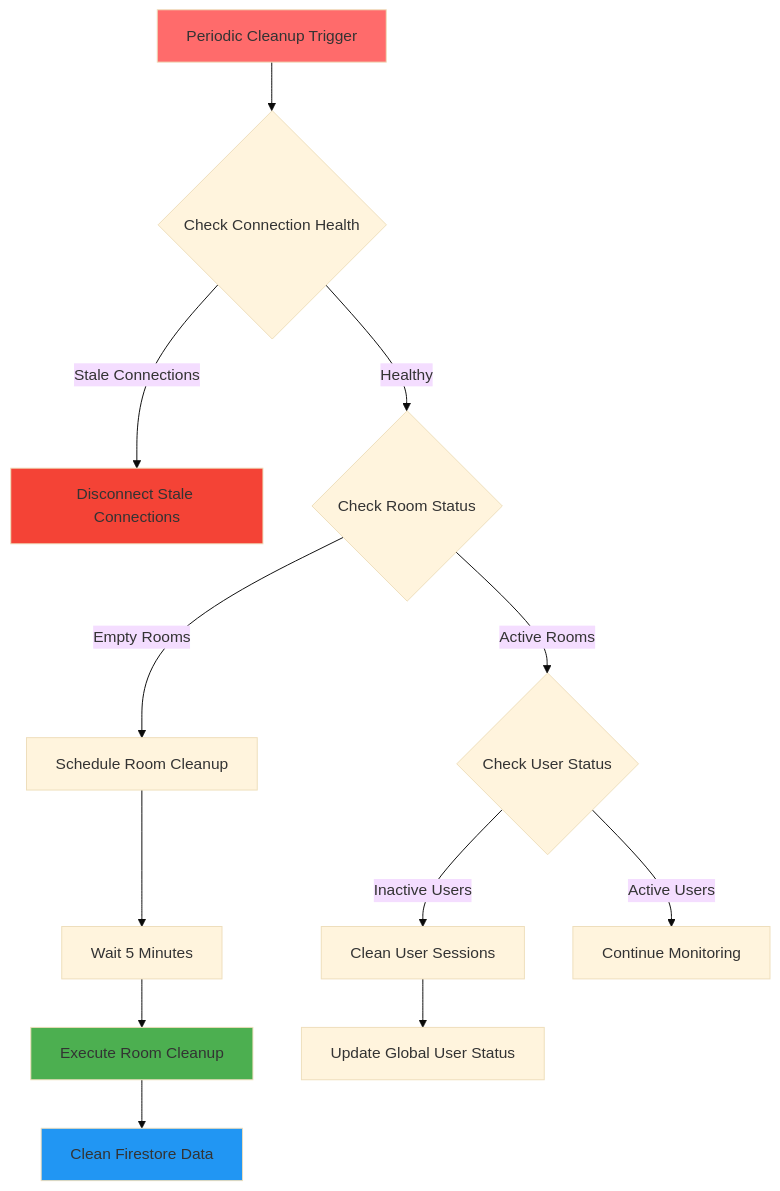
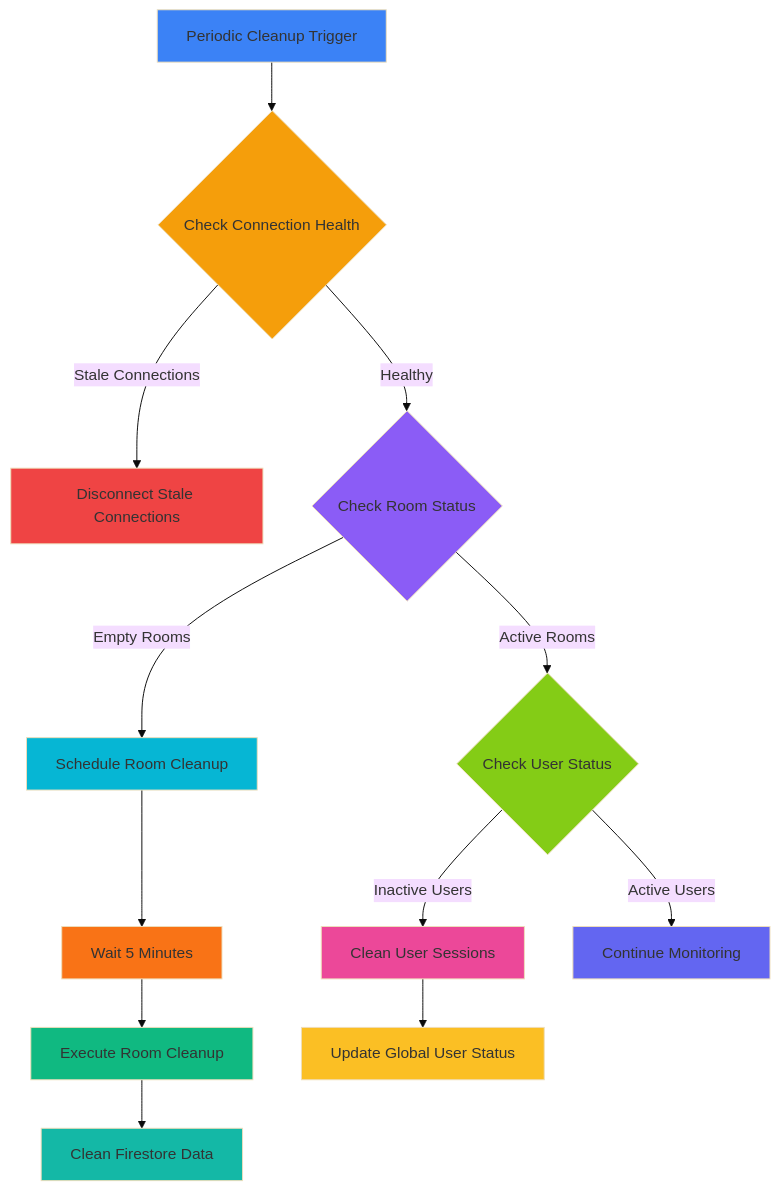
The seventh of 7 diagrams in README.md (Sundussheikhdev/sync-board-BE), drawn with Mermaid (base theme) before and after one commit. The commit also changed other lines of this file, not shown here.

Commit message:
Update README.md: Revise color styles for flowcharts to enhance visual clarity and consistency across components

````diff
--- a/README.md
+++ b/README.md
@@ -444,19 +460,27 @@
 ```mermaid
 flowchart TD
     A[Periodic Cleanup Trigger] --> B{Check Connection Health}
     B -->|Stale Connections| C[Disconnect Stale Connections]
     B -->|Healthy| D{Check Room Status}
     D -->|Empty Rooms| E[Schedule Room Cleanup]
     D -->|Active Rooms| F{Check User Status}
     E --> G[Wait 5 Minutes]
     G --> H[Execute Room Cleanup]
     F -->|Inactive Users| I[Clean User Sessions]
     F -->|Active Users| J[Continue Monitoring]
     H --> K[Clean Firestore Data]
     I --> L[Update Global User Status]
     
-    style A fill:#ff6b6b
-    style C fill:#f44336
-    style H fill:#4caf50
-    style K fill:#2196f3
+    style A fill:#3b82f6
+    style B fill:#f59e0b
+    style C fill:#ef4444
+    style D fill:#8b5cf6
+    style E fill:#06b6d4
+    style F fill:#84cc16
+    style G fill:#f97316
+    style H fill:#10b981
+    style I fill:#ec4899
+    style J fill:#6366f1
+    style K fill:#14b8a6
+    style L fill:#fbbf24
 ```
````
